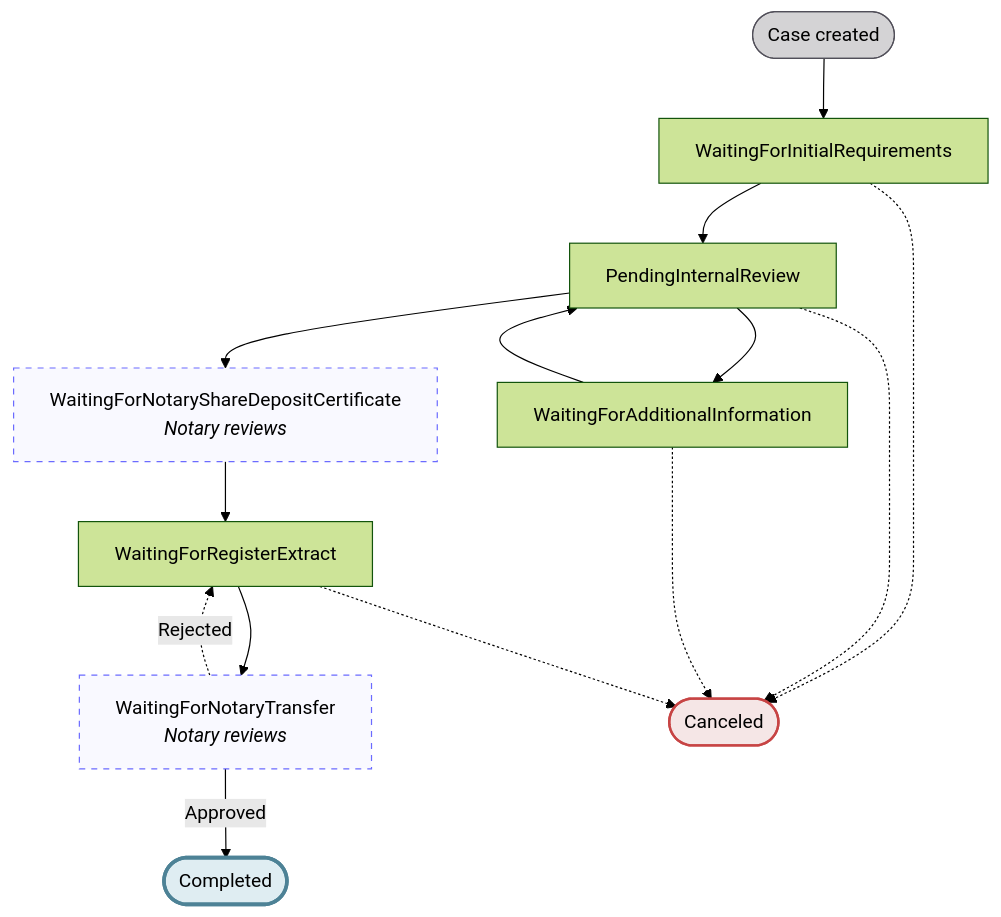
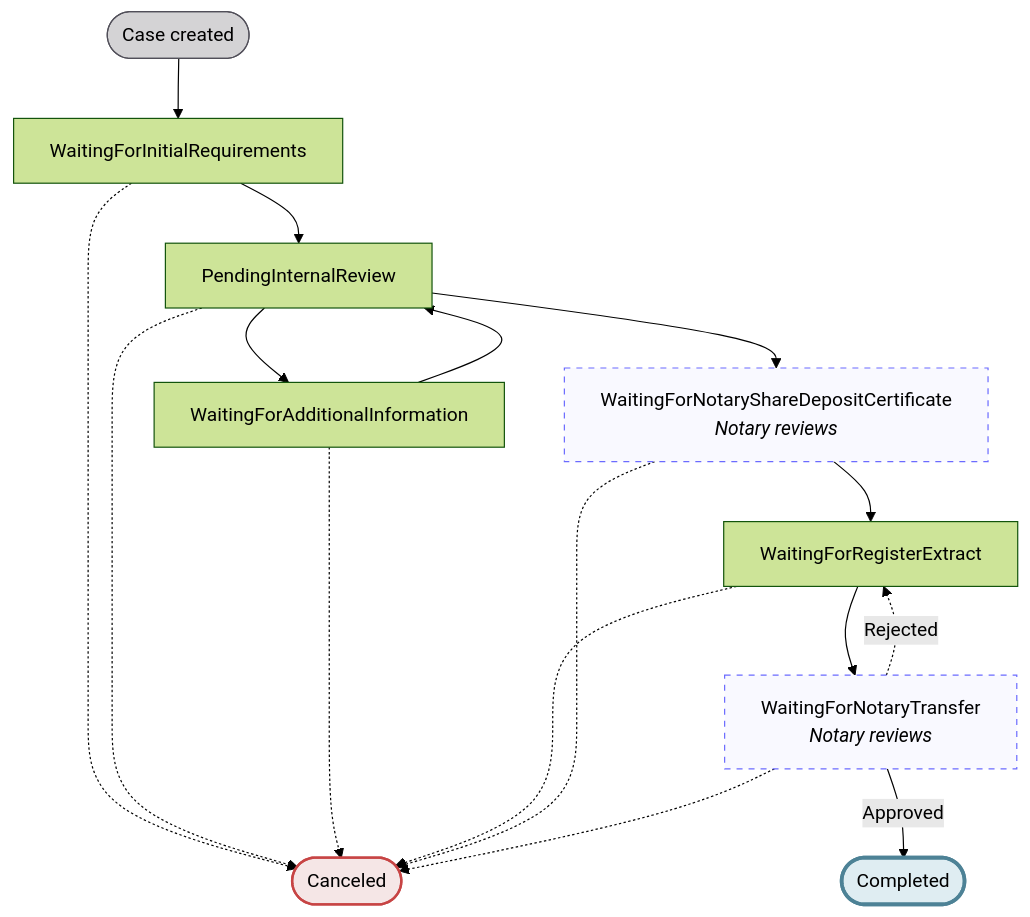
One commit to swan-io/docs changed the first of 4 diagrams in docs/topics/capital-deposits/index.mdx. Above: the diagram before and after it, drawn with Mermaid (forest theme). The commit also changed 2 other files, not shown here.

Commit message:
PR fixes + additional fix

````diff
--- a/docs/topics/capital-deposits/index.mdx
+++ b/docs/topics/capital-deposits/index.mdx
@@ -38,25 +38,27 @@
 ```mermaid
 %%{ init: { 'flowchart': { 'curve': 'basis' } } }%%
 flowchart TD
     DC([Case created]) --> WIR[WaitingForInitialRequirements]
     WIR --> PIR[PendingInternalReview]
     PIR --> WFAI[WaitingForAdditionalInformation]
     PIR --> WNSC[WaitingForNotaryShareDepositCertificate<br/><em>Notary reviews</em>]
     WFAI --> PIR
     
     WNSC --> WRE[WaitingForRegisterExtract]
     WRE --> WNT[WaitingForNotaryTransfer<br/><em>Notary reviews</em>]
     WNT -->|Approved| CO([Completed])
     WNT -.->|Rejected| WRE
     
     WIR -.-> CA([Canceled])
     PIR -.-> CA
     WFAI -.-> CA
     WRE -.-> CA
+    WNSC -.-> CA
+    WNT -.-> CA
 
     style DC fill:#D4D3D5,stroke:#514F59
     style CO fill:#dfedf2,stroke:#4d8296,stroke-width:3px
     style CA fill:#f5e6e6,stroke:#c74444,stroke-width:2px
     style WNSC fill:#f9f9ff,stroke:#6b6bff,stroke-dasharray: 5 5
     style WNT fill:#f9f9ff,stroke:#6b6bff,stroke-dasharray: 5 5
 ```
````
